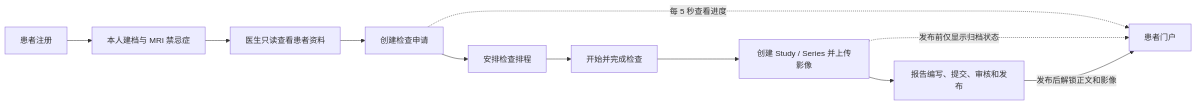
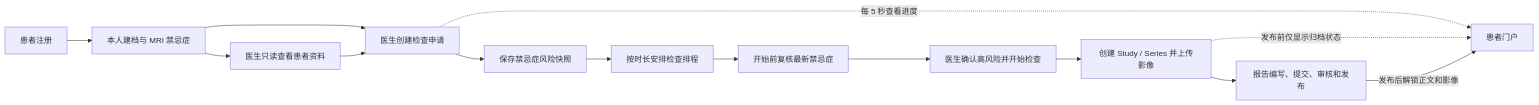
Before and after one commit to ShirokoGranblue/MRI-web: the second of 3 diagrams in README.md, drawn with Mermaid. The commit also changed other lines of this file and 75 other files, not shown here.

````diff
--- a/README.md
+++ b/README.md
@@ -109,14 +112,17 @@
 ```mermaid
 flowchart LR
     PR["患者注册"] --> PF["本人建档与 MRI 禁忌症"]
     PF --> DR["医生只读查看患者资料"]
-    DR --> EO["创建检查申请"]
-    EO --> SC["安排检查排程"]
-    SC --> EX["开始并完成检查"]
+    PF --> EO["患者提交本人检查申请"]
+    DR --> EO["医生创建检查申请"]
+    EO --> RS["保存禁忌症风险快照"]
+    RS --> SC["按时长安排检查排程"]
+    SC --> RV["开始前复核最新禁忌症"]
+    RV --> EX["医生确认高风险并开始检查"]
     EX --> IM["创建 Study / Series 并上传影像"]
     IM --> RP["报告编写、提交、审核和发布"]
 
     EO -.->|"每 5 秒查看进度"| PV["患者门户"]
     IM -.->|"发布前仅显示归档状态"| PV
     RP -->|"发布后解锁正文和影像"| PV
 ```
````
